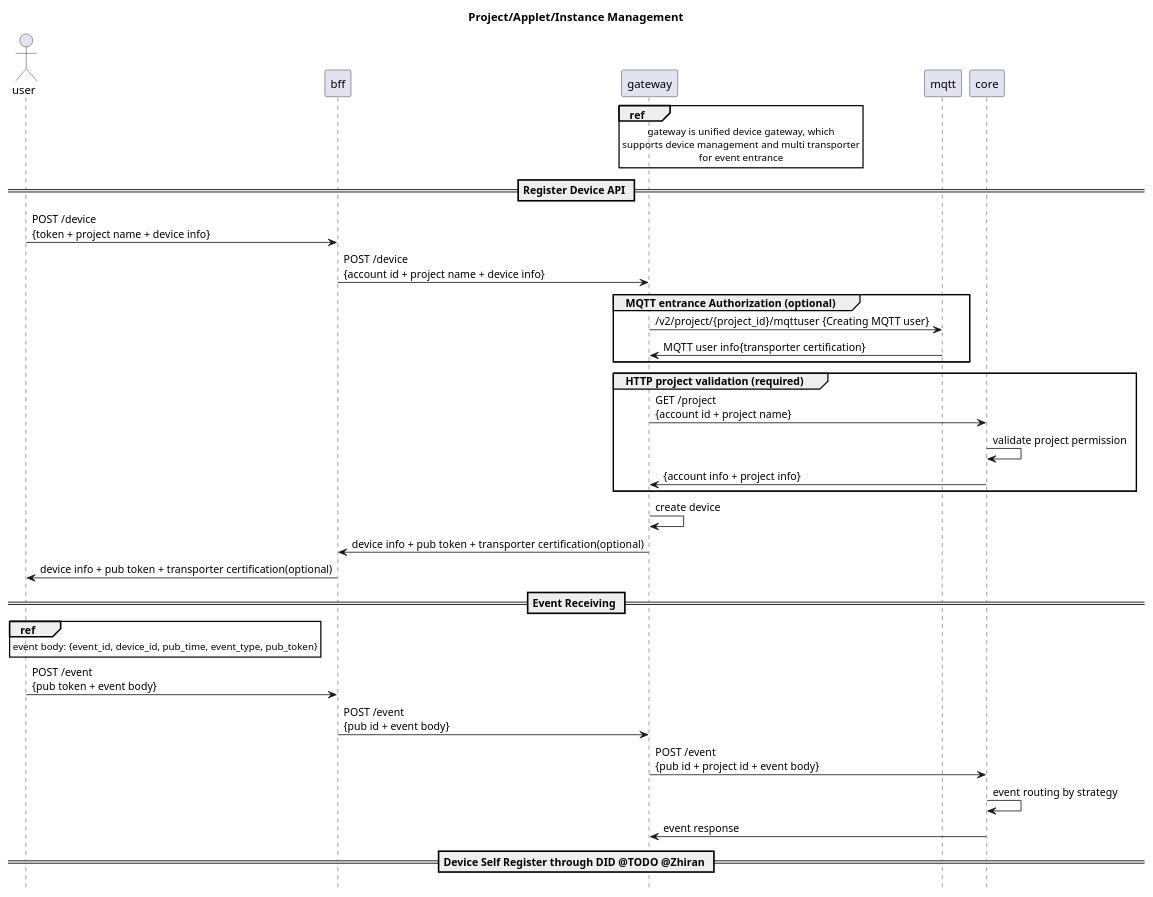
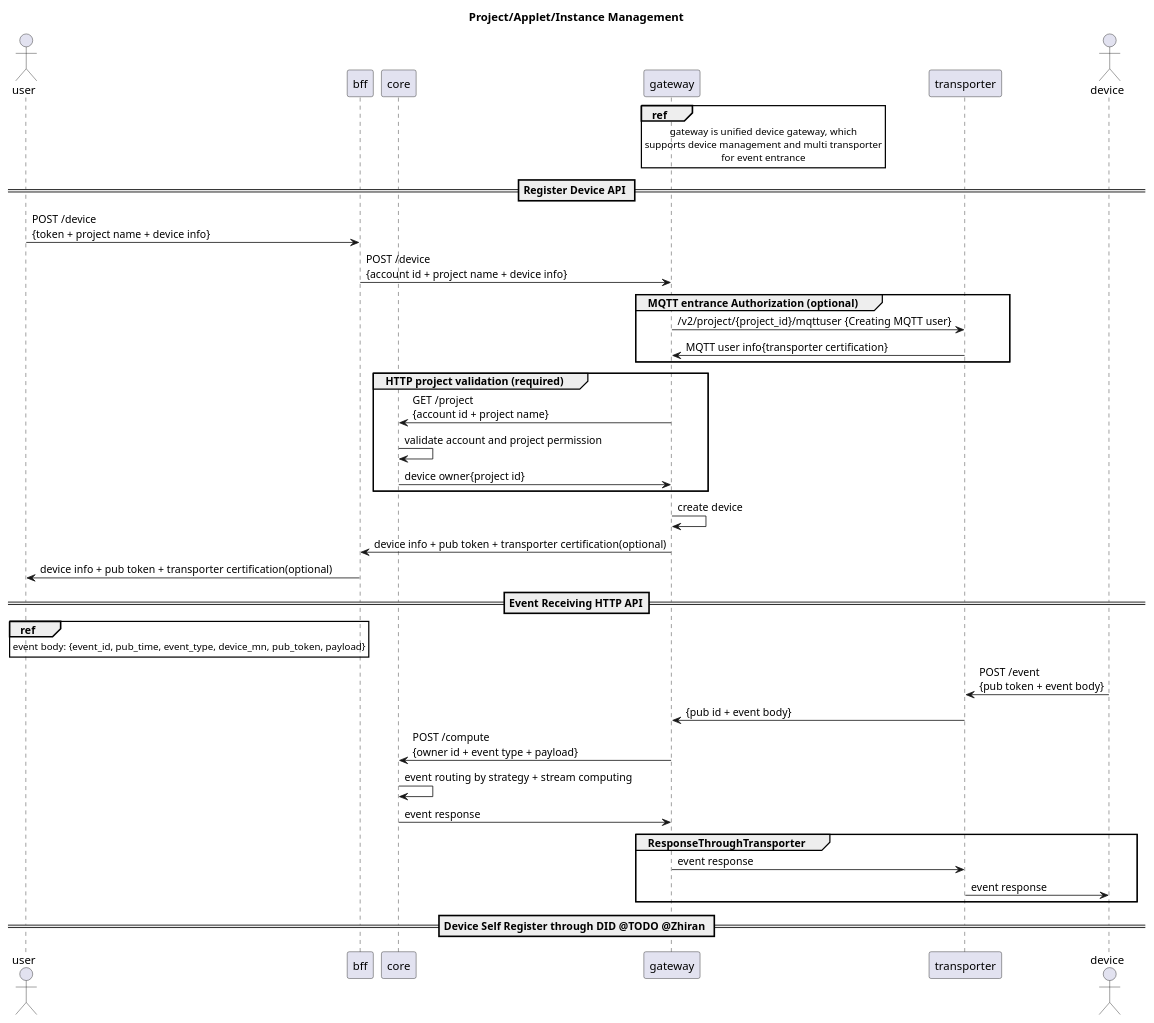
One commit to machinefi/w3bstream changed the diagram in __doc__/v2/3.device_management.puml. Above: the diagram before and after it, drawn with PlantUML. The commit also changed 2 other files, not shown here.

Commit message:
feat: update device_mgr.puml and add device database modle

```diff
--- a/__doc__/v2/3.device_management.puml
+++ b/__doc__/v2/3.device_management.puml
@@ -1,51 +1,55 @@
 @startuml
 
-hide footbox
 title: Project/Applet/Instance Management
 
 actor       "user"          as cli
 participant "bff"           as bff
+participant "core"          as core
 participant "gateway"       as gw
-participant "mqtt"          as mqtt
-participant "core"          as core
+participant "transporter"   as trsp
+actor       "device"        as dev
 
 ref over gw
 gateway is unified device gateway, which
 supports device management and multi transporter
 for event entrance
 end ref
 
 == Register Device API ==
 
 cli  -> bff:  POST /device\n{token + project name + device info}
 bff  -> gw:   POST /device\n{account id + project name + device info}
 
 group MQTT entrance Authorization (optional)
-gw   -> mqtt: /v2/project/{project_id}/mqttuser {Creating MQTT user}
-mqtt -> gw:   MQTT user info{transporter certification}
+gw   -> trsp: /v2/project/{project_id}/mqttuser {Creating MQTT user}
+trsp -> gw:   MQTT user info{transporter certification}
 end
 
 group HTTP project validation (required)
 gw   -> core: GET /project\n{account id + project name}
-core -> core: validate project permission
-core -> gw:   {account info + project info}
+core -> core: validate account and project permission
+core -> gw:   device owner{project id}
 end
 
 gw   -> gw:   create device
 gw   -> bff:  device info + pub token + transporter certification(optional)
 bff  -> cli:  device info + pub token + transporter certification(optional)
 
-== Event Receiving ==
+== Event Receiving HTTP API==
 
 ref over cli
-event body: {event_id, device_id, pub_time, event_type, pub_token}
+event body: {event_id, pub_time, event_type, device_mn, pub_token, payload}
 end ref
-cli  -> bff:  POST /event\n{pub token + event body}
-bff  -> gw:   POST /event\n{pub id + event body}
-gw   -> core: POST /event\n{pub id + project id + event body}
-core -> core: event routing by strategy
+dev  -> trsp: POST /event\n{pub token + event body}
+trsp -> gw:   {pub id + event body}
+gw   -> core: POST /compute\n{owner id + event type + payload}
+core -> core: event routing by strategy + stream computing
 core -> gw:   event response
+group ResponseThroughTransporter
+gw -> trsp:  event response
+trsp -> dev: event response
+end
 
 == Device Self Register through DID @TODO @Zhiran ==
 
 @enduml
```
